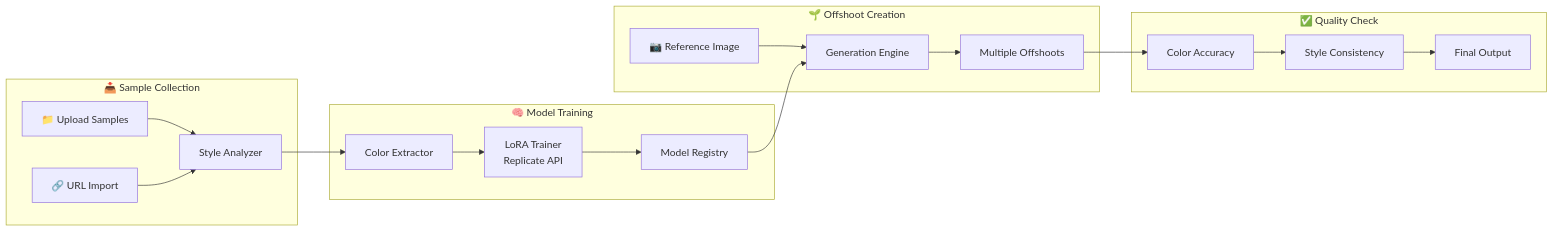
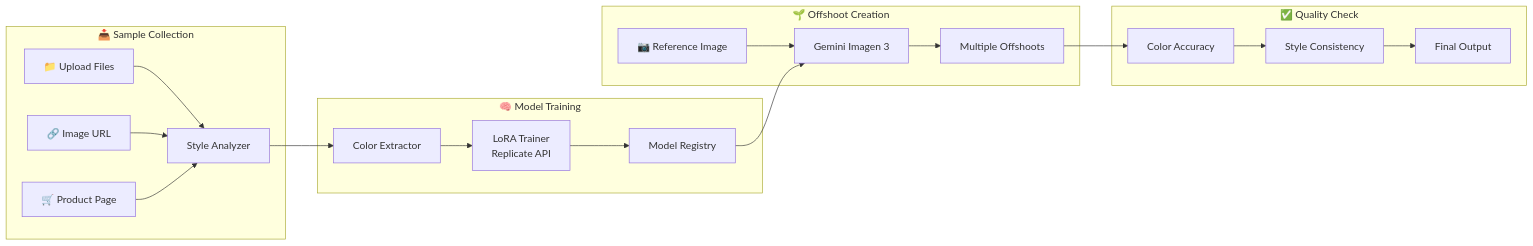
Before and after one commit to GitGudAK/offshoot: the diagram in README.md, drawn with Mermaid. The commit also changed other lines of this file, not shown here.

````diff
--- a/README.md
+++ b/README.md
@@ -17,25 +25,26 @@
 ```mermaid
 flowchart LR
     subgraph Input["📥 Sample Collection"]
-        A[📁 Upload Samples] --> B[Style Analyzer]
-        A2[🔗 URL Import] --> B
+        A[📁 Upload Files] --> B[Style Analyzer]
+        A2[🔗 Image URL] --> B
+        A3[🛒 Product Page] --> B
     end
     
     subgraph Training["🧠 Model Training"]
         B --> C[Color Extractor]
         C --> D[LoRA Trainer<br/>Replicate API]
         D --> E[Model Registry]
     end
     
     subgraph Generation["🌱 Offshoot Creation"]
-        F[📷 Reference Image] --> G[Generation Engine]
+        F[📷 Reference Image] --> G[Gemini Imagen 3]
         E --> G
         G --> H[Multiple Offshoots]
     end
     
     subgraph Validation["✅ Quality Check"]
         H --> I[Color Accuracy]
         I --> J[Style Consistency]
         J --> K[Final Output]
     end
 ```
````
